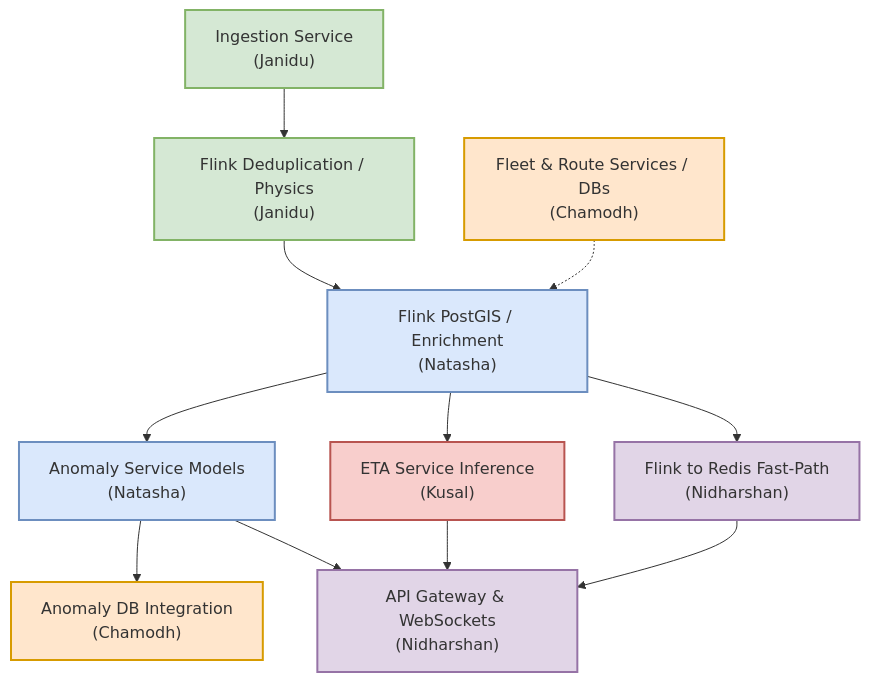
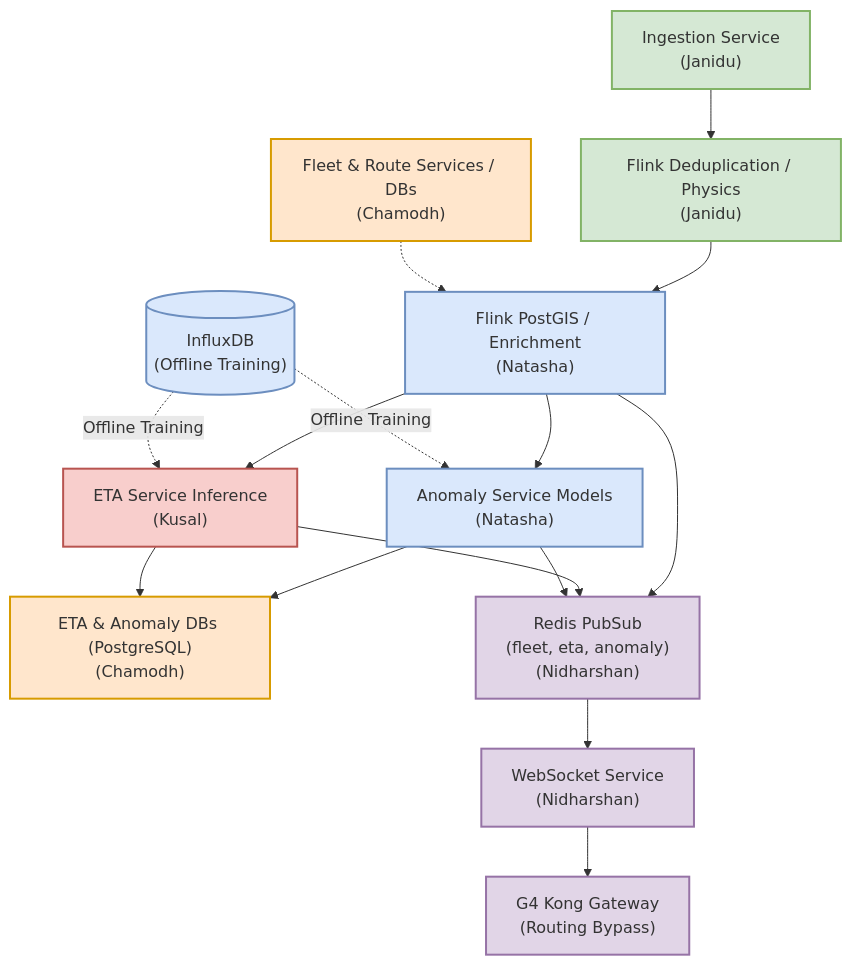
One commit to OnTime-SE-G/ontime-g2 changed the diagram in docs/INCREMENT_2_PLAN_1.md. Above: the diagram before and after it, drawn with Mermaid. The commit also changed other lines of this file and 2 other files, not shown here.

````diff
--- a/docs/INCREMENT_2_PLAN_1.md
+++ b/docs/INCREMENT_2_PLAN_1.md
@@ -114,36 +114,44 @@
 ```mermaid
 graph TD
     classDef janidu fill:#d5e8d4,stroke:#82b366,stroke-width:2px;
     classDef natasha fill:#dae8fc,stroke:#6c8ebf,stroke-width:2px;
     classDef chamodh fill:#ffe6cc,stroke:#d79b00,stroke-width:2px;
     classDef kusal fill:#f8cecc,stroke:#b85450,stroke-width:2px;
     classDef nidharshan fill:#e1d5e7,stroke:#9673a6,stroke-width:2px;
 
     Ingestion["Ingestion Service<br>(Janidu)"]:::janidu
     FlinkCore["Flink Deduplication / Physics<br>(Janidu)"]:::janidu
     
     FlinkEnrich["Flink PostGIS / Enrichment<br>(Natasha)"]:::natasha
     AnomalyML["Anomaly Service Models<br>(Natasha)"]:::natasha
     
     DBs["Fleet & Route Services / DBs<br>(Chamodh)"]:::chamodh
-    AnomalyDB["Anomaly DB Integration<br>(Chamodh)"]:::chamodh
+    PostgresDBs["ETA & Anomaly DBs (PostgreSQL)<br>(Chamodh)"]:::chamodh
+    InfluxDB[("InfluxDB<br>(Offline Training)")]:::natasha
     
     ETA["ETA Service Inference<br>(Kusal)"]:::kusal
     
-    RedisBypass["Flink to Redis Fast-Path<br>(Nidharshan)"]:::nidharshan
-    Gateway["API Gateway & WebSockets<br>(Nidharshan)"]:::nidharshan
+    Redis["Redis PubSub<br>(fleet, eta, anomaly)<br>(Nidharshan)"]:::nidharshan
+    WSService["WebSocket Service<br>(Nidharshan)"]:::nidharshan
+    Kong["G4 Kong Gateway<br>(Routing Bypass)"]:::nidharshan
 
     Ingestion --> FlinkCore
     FlinkCore --> FlinkEnrich
     DBs -.-> FlinkEnrich
     
     FlinkEnrich --> AnomalyML
-    AnomalyML --> AnomalyDB
+    AnomalyML --> PostgresDBs
     
     FlinkEnrich --> ETA
+    ETA --> PostgresDBs
     
-    FlinkEnrich --> RedisBypass
-    RedisBypass --> Gateway
-    ETA --> Gateway
-    AnomalyML --> Gateway
+    InfluxDB -.->|Offline Training| ETA
+    InfluxDB -.->|Offline Training| AnomalyML
+    
+    FlinkEnrich --> Redis
+    ETA --> Redis
+    AnomalyML --> Redis
+    
+    Redis --> WSService
+    WSService --> Kong
 ```
````
